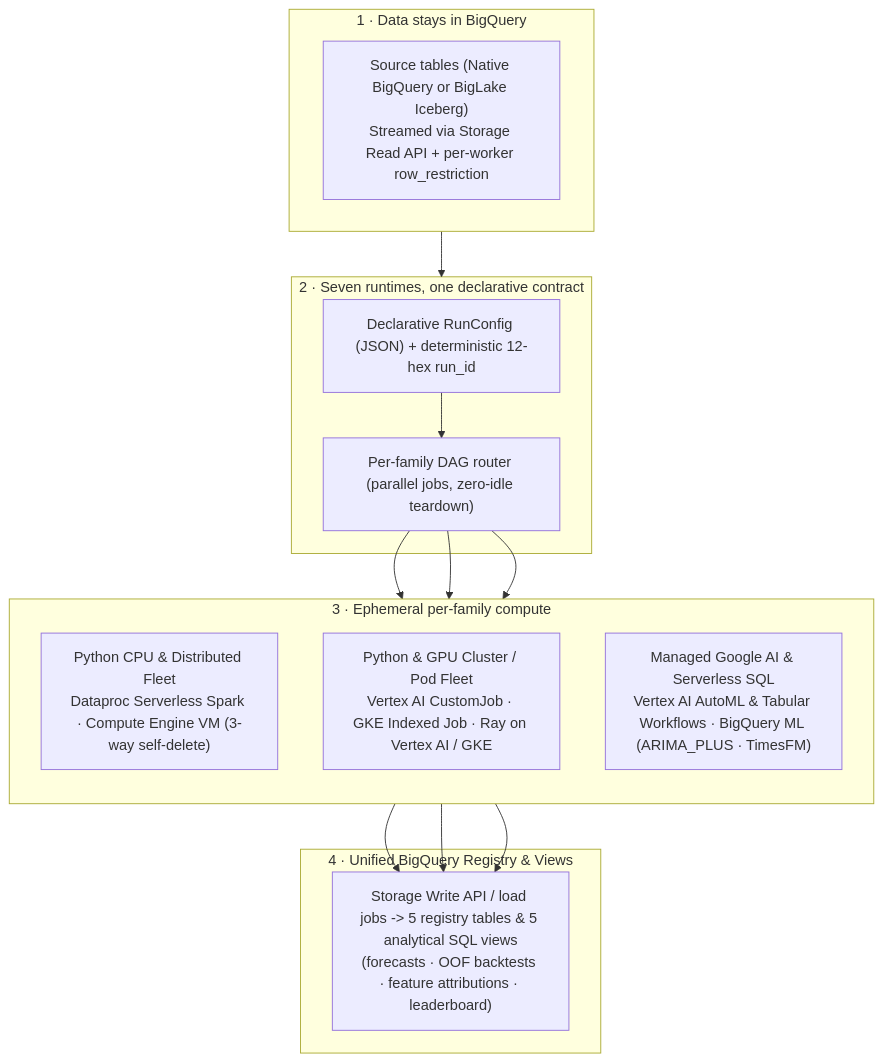
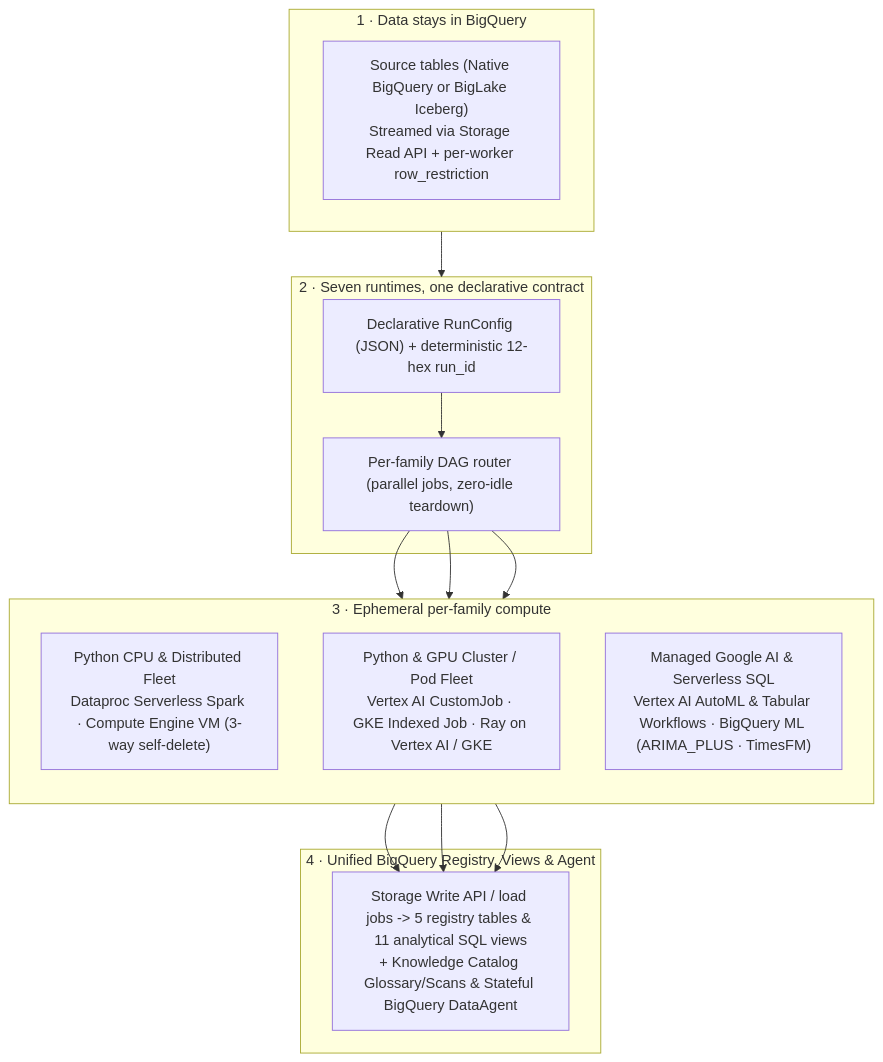
The diagram in docs/why_google_cloud.md (statmike/scale-forecasting), drawn with Mermaid before and after one commit. The commit also changed other lines of this file and 92 other files, not shown here.

````diff
--- a/docs/why_google_cloud.md
+++ b/docs/why_google_cloud.md
@@ -5,23 +5,23 @@
 ```mermaid
 flowchart TD
     subgraph BQ_IN["1 · Data stays in BigQuery"]
         SRC["Source tables (Native BigQuery or BigLake Iceberg)<br/>Streamed via Storage Read API + per-worker row_restriction"]
     end
     subgraph ROUTE["2 · Seven runtimes, one declarative contract"]
         CFG["Declarative RunConfig (JSON) + deterministic 12-hex run_id"]
         DAG["Per-family DAG router (parallel jobs, zero-idle teardown)"]
         CFG --> DAG
     end
     subgraph COMP["3 · Ephemeral per-family compute"]
         direction TB
         C_CPU["Python CPU & Distributed Fleet<br/>Dataproc Serverless Spark · Compute Engine VM (3-way self-delete)"]
         C_GPU["Python & GPU Cluster / Pod Fleet<br/>Vertex AI CustomJob · GKE Indexed Job · Ray on Vertex AI / GKE"]
         C_MGD["Managed Google AI & Serverless SQL<br/>Vertex AI AutoML & Tabular Workflows · BigQuery ML (ARIMA_PLUS · TimesFM)"]
     end
-    subgraph BQ_OUT["4 · Unified BigQuery Registry & Views"]
-        REG["Storage Write API / load jobs -> 5 registry tables & 5 analytical SQL views<br/>(forecasts · OOF backtests · feature attributions · leaderboard)"]
+    subgraph BQ_OUT["4 · Unified BigQuery Registry, Views & Agent"]
+        REG["Storage Write API / load jobs -> 5 registry tables & 11 analytical SQL views<br/>+ Knowledge Catalog Glossary/Scans & Stateful BigQuery DataAgent"]
     end
 
     BQ_IN --> ROUTE
     DAG --> C_CPU & C_GPU & C_MGD --> REG
 ```
````
